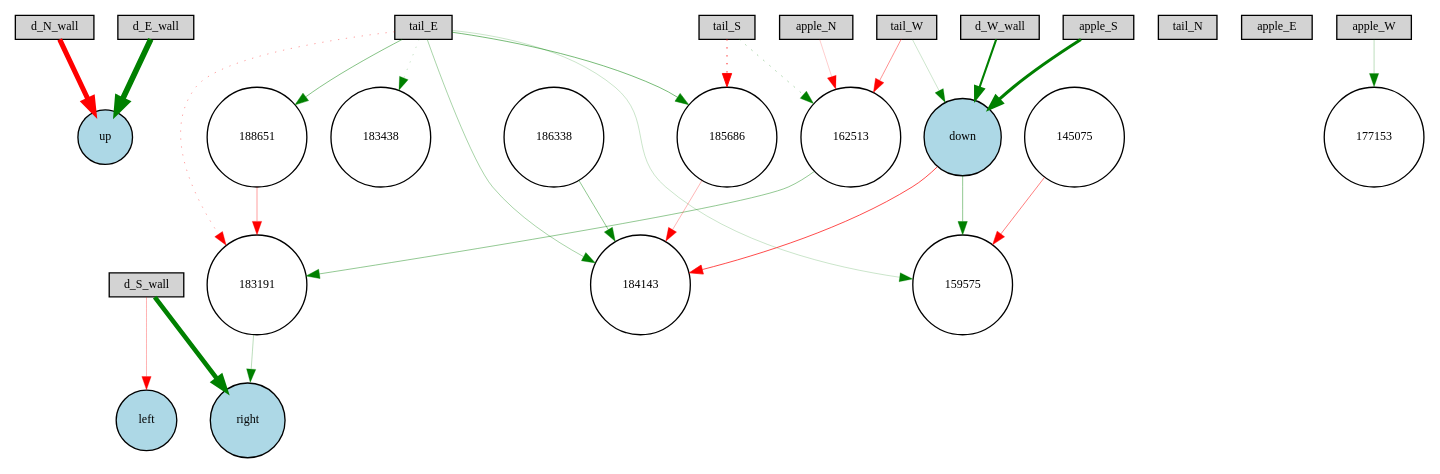
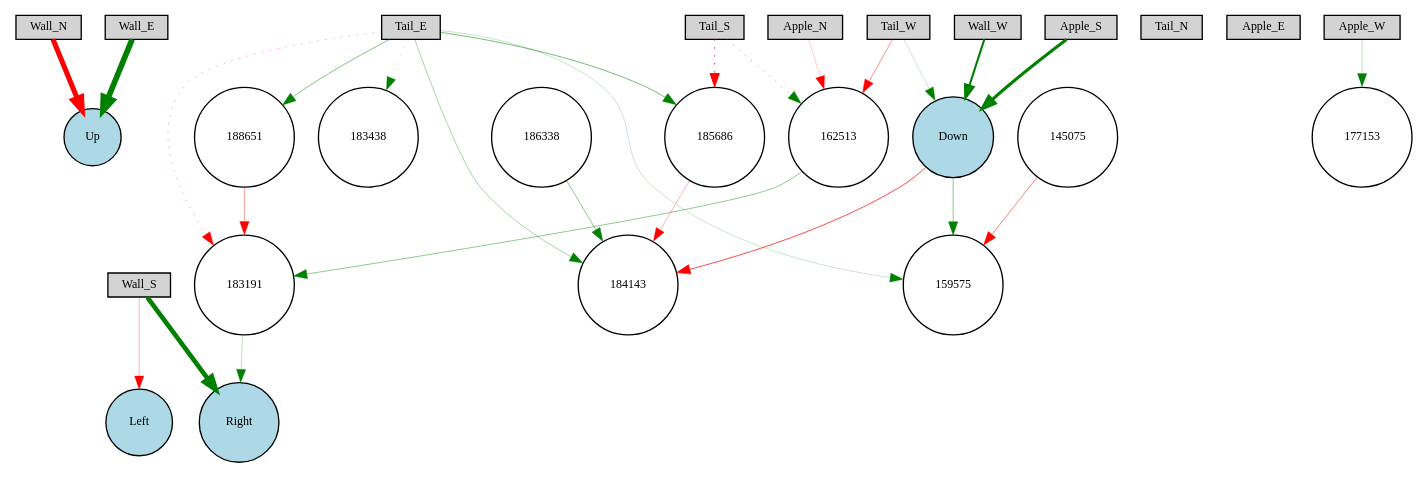
One commit to d-mihaila/NC-Project changed the diagram in target_pursuit_2000_results/winner-feedforward.gv. Above: the diagram before and after it, drawn with Graphviz. The commit also changed 10 other files, not shown here.

```diff
--- a/target_pursuit_2000_results/winner-feedforward.gv
+++ b/target_pursuit_2000_results/winner-feedforward.gv
@@ -1,55 +1,55 @@
 digraph {
 	node [fontsize=9 height=0.2 shape=circle width=0.2]
-	d_N_wall [fillcolor=lightgray shape=box style=filled]
-	d_S_wall [fillcolor=lightgray shape=box style=filled]
-	d_E_wall [fillcolor=lightgray shape=box style=filled]
-	d_W_wall [fillcolor=lightgray shape=box style=filled]
-	tail_N [fillcolor=lightgray shape=box style=filled]
-	tail_S [fillcolor=lightgray shape=box style=filled]
-	tail_E [fillcolor=lightgray shape=box style=filled]
-	tail_W [fillcolor=lightgray shape=box style=filled]
-	apple_N [fillcolor=lightgray shape=box style=filled]
-	apple_S [fillcolor=lightgray shape=box style=filled]
-	apple_E [fillcolor=lightgray shape=box style=filled]
-	apple_W [fillcolor=lightgray shape=box style=filled]
-	up [fillcolor=lightblue style=filled]
-	left [fillcolor=lightblue style=filled]
-	down [fillcolor=lightblue style=filled]
-	right [fillcolor=lightblue style=filled]
+	Wall_N [fillcolor=lightgray shape=box style=filled]
+	Wall_S [fillcolor=lightgray shape=box style=filled]
+	Wall_E [fillcolor=lightgray shape=box style=filled]
+	Wall_W [fillcolor=lightgray shape=box style=filled]
+	Tail_N [fillcolor=lightgray shape=box style=filled]
+	Tail_S [fillcolor=lightgray shape=box style=filled]
+	Tail_E [fillcolor=lightgray shape=box style=filled]
+	Tail_W [fillcolor=lightgray shape=box style=filled]
+	Apple_N [fillcolor=lightgray shape=box style=filled]
+	Apple_S [fillcolor=lightgray shape=box style=filled]
+	Apple_E [fillcolor=lightgray shape=box style=filled]
+	Apple_W [fillcolor=lightgray shape=box style=filled]
+	Up [fillcolor=lightblue style=filled]
+	Left [fillcolor=lightblue style=filled]
+	Down [fillcolor=lightblue style=filled]
+	Right [fillcolor=lightblue style=filled]
 	177153 [fillcolor=white style=filled]
 	186338 [fillcolor=white style=filled]
 	188651 [fillcolor=white style=filled]
 	183438 [fillcolor=white style=filled]
 	184143 [fillcolor=white style=filled]
 	183191 [fillcolor=white style=filled]
 	162513 [fillcolor=white style=filled]
 	145075 [fillcolor=white style=filled]
 	185686 [fillcolor=white style=filled]
 	159575 [fillcolor=white style=filled]
-	d_S_wall -> right [color=green penwidth=3.4684886472534155 style=solid]
-	d_E_wall -> up [color=green penwidth=4.264390209511607 style=solid]
-	d_N_wall -> up [color=red penwidth=3.8055080376140107 style=solid]
-	d_W_wall -> down [color=green penwidth=1.5454685976974465 style=solid]
-	apple_S -> down [color=green penwidth=2.2738983269264548 style=solid]
-	down -> 159575 [color=green penwidth=0.32800486005338936 style=solid]
+	Wall_S -> Right [color=green penwidth=3.4684886472534155 style=solid]
+	Wall_E -> Up [color=green penwidth=4.264390209511607 style=solid]
+	Wall_N -> Up [color=red penwidth=3.8055080376140107 style=solid]
+	Wall_W -> Down [color=green penwidth=1.5454685976974465 style=solid]
+	Apple_S -> Down [color=green penwidth=2.2738983269264548 style=solid]
+	Down -> 159575 [color=green penwidth=0.32800486005338936 style=solid]
 	145075 -> 159575 [color=red penwidth=0.3811058296919072 style=solid]
-	tail_W -> down [color=green penwidth=0.1507468938109038 style=solid]
-	d_S_wall -> left [color=red penwidth=0.2268985196910216 style=solid]
-	tail_W -> 162513 [color=red penwidth=0.33150051478692555 style=solid]
-	tail_E -> 159575 [color=green penwidth=0.16362548102976732 style=solid]
-	tail_S -> 162513 [color=green penwidth=0.31745787810931697 style=dotted]
-	apple_W -> 177153 [color=green penwidth=0.19836347135665605 style=solid]
-	tail_E -> 183191 [color=red penwidth=0.2819540029438393 style=dotted]
-	183191 -> right [color=green penwidth=0.20396847247785366 style=solid]
-	tail_E -> 183438 [color=green penwidth=0.16557636385268476 style=dotted]
-	down -> 184143 [color=red penwidth=0.5272963115830385 style=solid]
+	Tail_W -> Down [color=green penwidth=0.1507468938109038 style=solid]
+	Wall_S -> Left [color=red penwidth=0.2268985196910216 style=solid]
+	Tail_W -> 162513 [color=red penwidth=0.33150051478692555 style=solid]
+	Tail_E -> 159575 [color=green penwidth=0.16362548102976732 style=solid]
+	Tail_S -> 162513 [color=green penwidth=0.31745787810931697 style=dotted]
+	Apple_W -> 177153 [color=green penwidth=0.19836347135665605 style=solid]
+	Tail_E -> 183191 [color=red penwidth=0.2819540029438393 style=dotted]
+	183191 -> Right [color=green penwidth=0.20396847247785366 style=solid]
+	Tail_E -> 183438 [color=green penwidth=0.16557636385268476 style=dotted]
+	Down -> 184143 [color=red penwidth=0.5272963115830385 style=solid]
 	162513 -> 183191 [color=green penwidth=0.3192791166913195 style=solid]
-	tail_E -> 184143 [color=green penwidth=0.2577704182414551 style=solid]
-	tail_E -> 185686 [color=green penwidth=0.3950213588011038 style=solid]
+	Tail_E -> 184143 [color=green penwidth=0.2577704182414551 style=solid]
+	Tail_E -> 185686 [color=green penwidth=0.3950213588011038 style=solid]
 	185686 -> 184143 [color=red penwidth=0.22358913520164336 style=solid]
-	tail_S -> 185686 [color=red penwidth=0.6750178402765172 style=dotted]
+	Tail_S -> 185686 [color=red penwidth=0.6750178402765172 style=dotted]
 	186338 -> 184143 [color=green penwidth=0.3342241138670039 style=solid]
-	apple_N -> 162513 [color=red penwidth=0.154534423286193 style=solid]
-	tail_E -> 188651 [color=green penwidth=0.36248668520752914 style=solid]
+	Apple_N -> 162513 [color=red penwidth=0.154534423286193 style=solid]
+	Tail_E -> 188651 [color=green penwidth=0.36248668520752914 style=solid]
 	188651 -> 183191 [color=red penwidth=0.28953970554593256 style=solid]
 }
```
